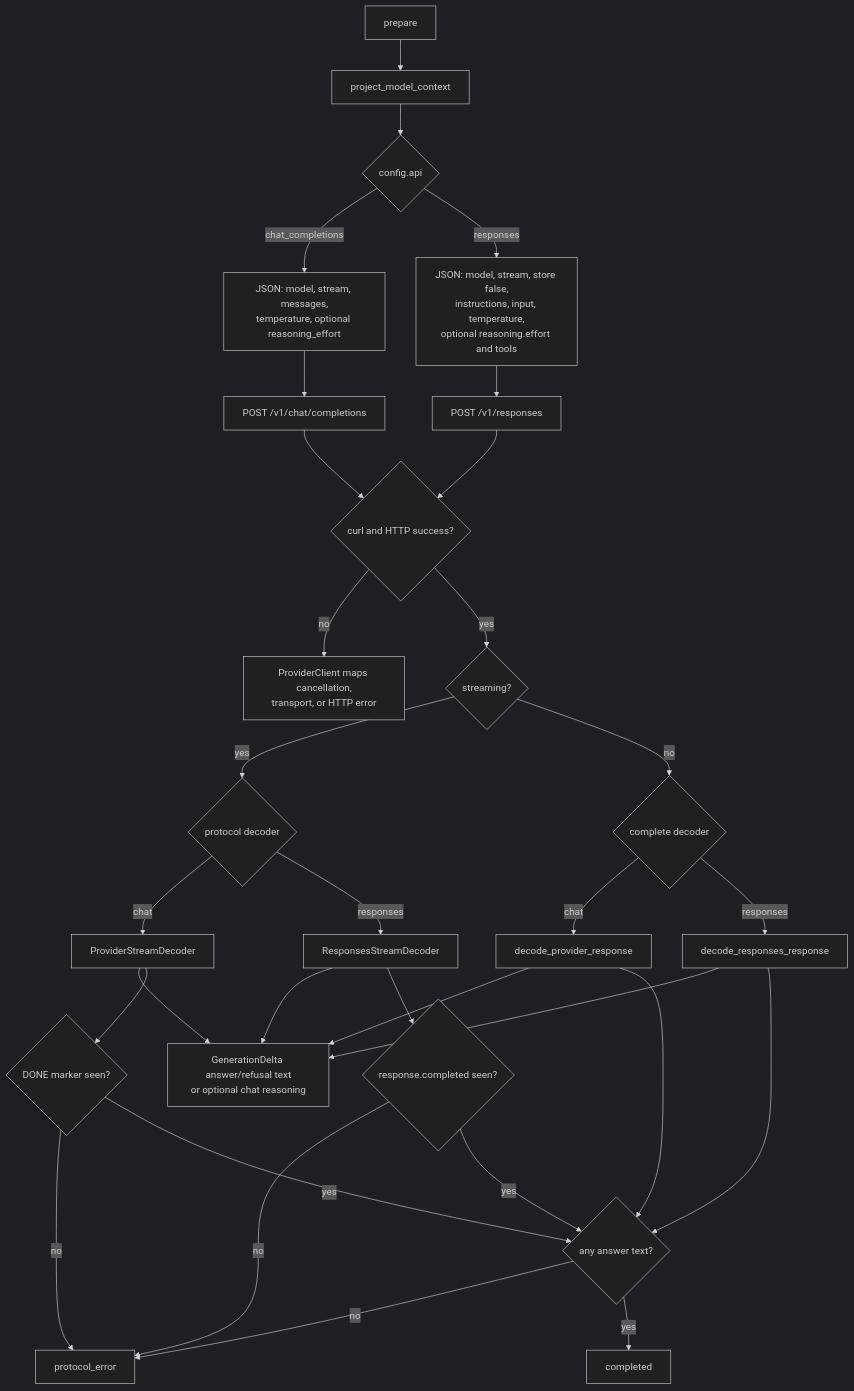
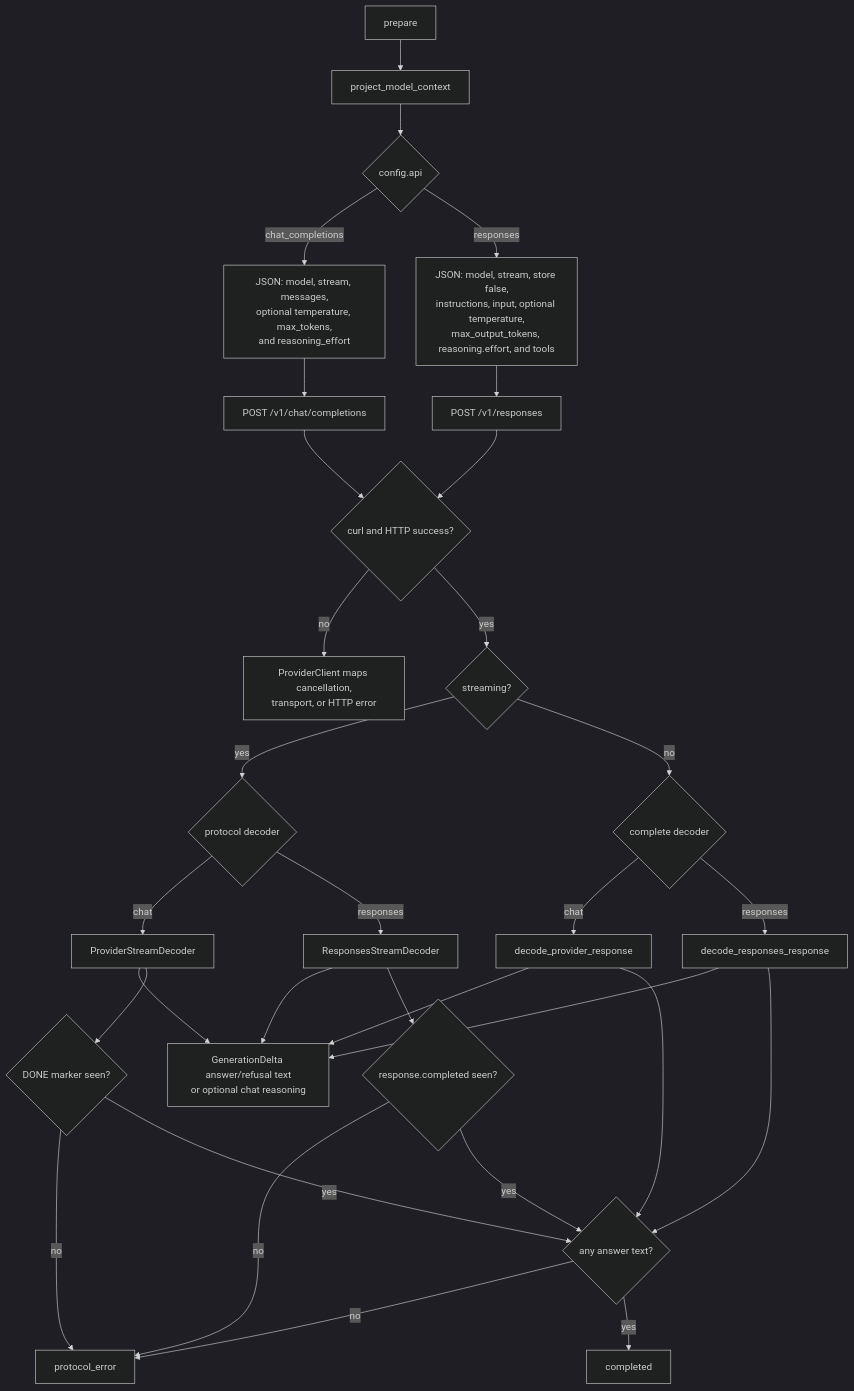
The third of 4 diagrams in src/agents/README.md (michaelpopov/cha), drawn with Mermaid (dark theme) before and after one commit. The commit also changed other lines of this file and 12 other files, not shown here.

````diff
--- a/src/agents/README.md
+++ b/src/agents/README.md
@@ -275,33 +280,33 @@
 ```mermaid
 flowchart TD
     prep["prepare"] --> proj["project_model_context"]
     proj --> api{"config.api"}
-    api -->|"chat_completions"| chat_body["JSON: model, stream, messages,<br/>temperature, optional reasoning_effort"]
-    api -->|"responses"| resp_body["JSON: model, stream, store false,<br/>instructions, input, temperature,<br/>optional reasoning.effort and tools"]
+    api -->|"chat_completions"| chat_body["JSON: model, stream, messages,<br/>optional temperature, max_tokens,<br/>and reasoning_effort"]
+    api -->|"responses"| resp_body["JSON: model, stream, store false,<br/>instructions, input, optional temperature,<br/>max_output_tokens, reasoning.effort, and tools"]
     chat_body --> chat_post["POST /v1/chat/completions"]
     resp_body --> resp_post["POST /v1/responses"]
     chat_post --> transfer{"curl and HTTP success?"}
     resp_post --> transfer
     transfer -->|"no"| transport["ProviderClient maps cancellation,<br/>transport, or HTTP error"]
     transfer -->|"yes"| mode{"streaming?"}
     mode -->|"yes"| sse{"protocol decoder"}
     mode -->|"no"| json{"complete decoder"}
     sse -->|"chat"| chat_sse["ProviderStreamDecoder"]
     sse -->|"responses"| resp_sse["ResponsesStreamDecoder"]
     json -->|"chat"| chat_json["decode_provider_response"]
     json -->|"responses"| resp_json["decode_responses_response"]
     chat_sse --> frag["GenerationDelta answer/refusal text<br/>or optional chat reasoning"]
     resp_sse --> frag
     chat_json --> frag
     resp_json --> frag
     chat_sse --> chat_done{"DONE marker seen?"}
     resp_sse --> resp_done{"response.completed seen?"}
     chat_done -->|"no"| perr["protocol_error"]
     resp_done -->|"no"| perr
     chat_done -->|"yes"| ans{"any answer text?"}
     resp_done -->|"yes"| ans
     chat_json --> ans
     resp_json --> ans
     ans -->|"no"| perr
     ans -->|"yes"| ok["completed"]
 ```
````
